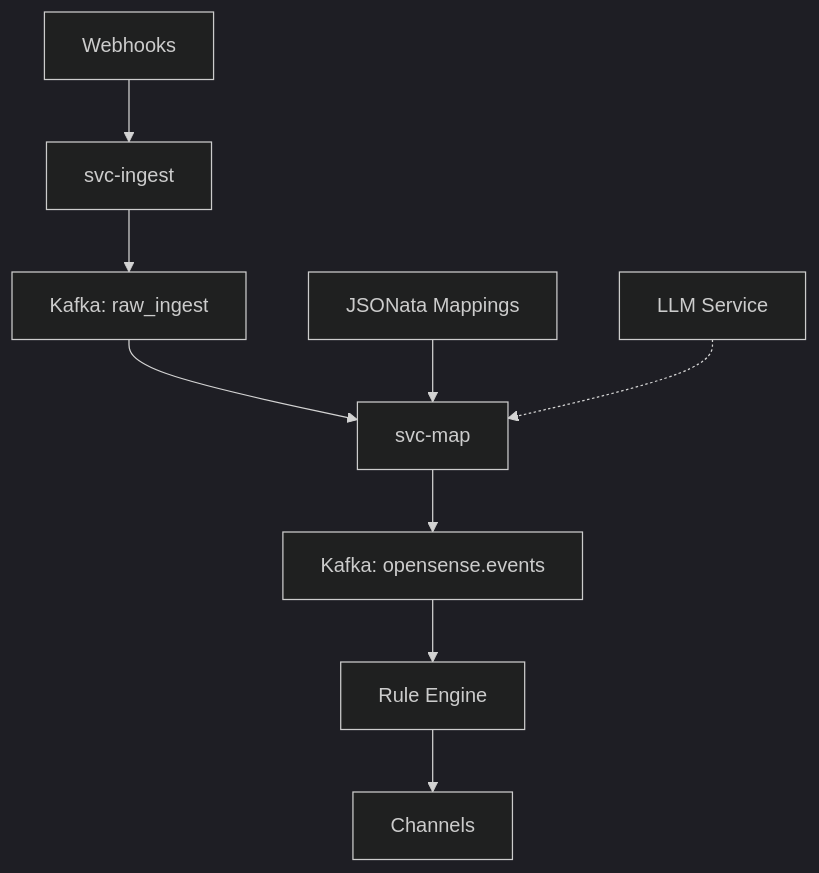
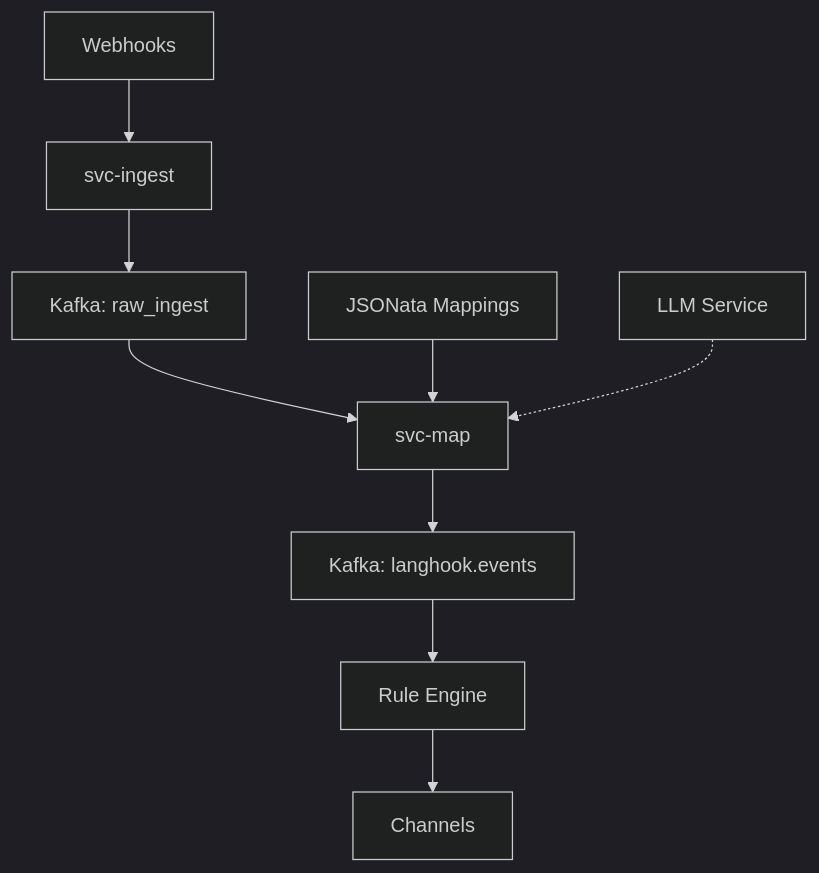
One commit to convolabai/opensense changed the diagram in README.md. Above: the diagram before and after it, drawn with Mermaid (dark theme). The commit also changed other lines of this file and 8 other files, not shown here.

````diff
--- a/README.md
+++ b/README.md
@@ -183,11 +183,11 @@
 ```mermaid
 graph TD
     A[Webhooks] --> B[svc-ingest]
     B --> C[Kafka: raw_ingest]
     C --> D[svc-map]
-    D --> E[Kafka: opensense.events]
+    D --> E[Kafka: langhook.events]
     E --> F[Rule Engine]
     F --> G[Channels]
     H[JSONata Mappings] --> D
     I[LLM Service] -.-> D
 ```
````
